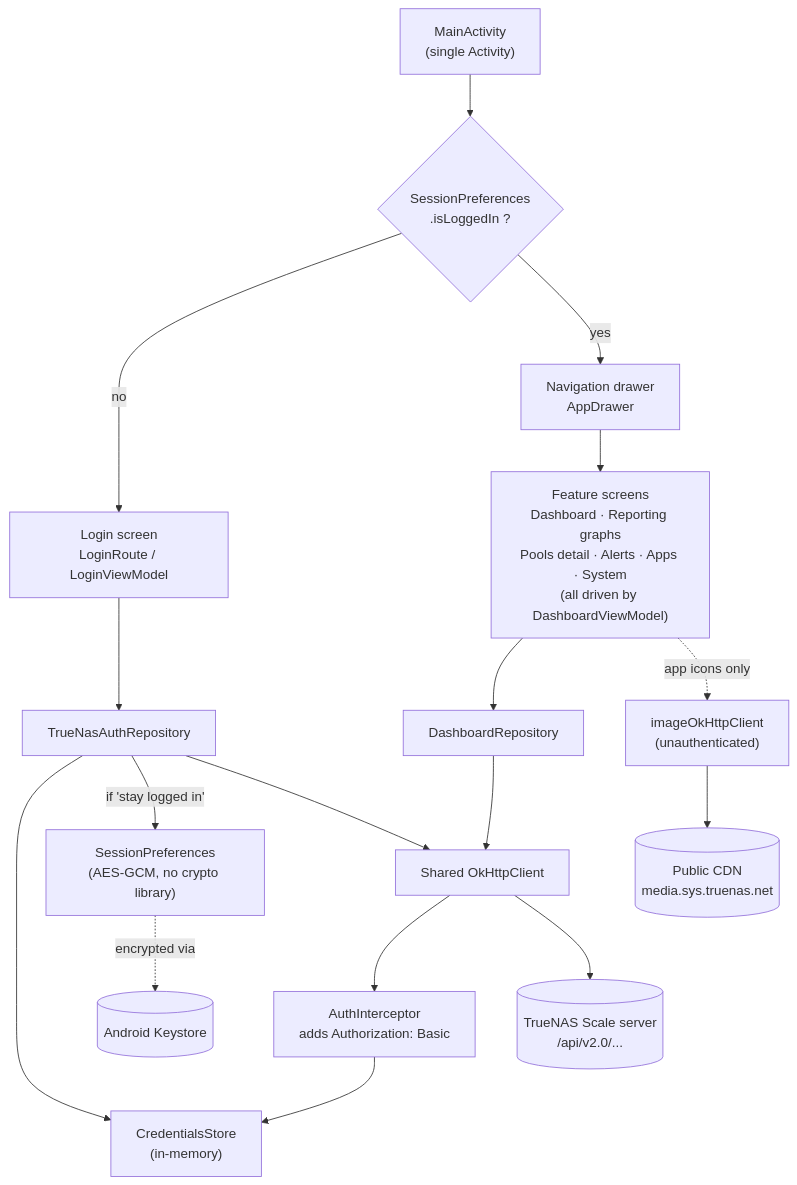
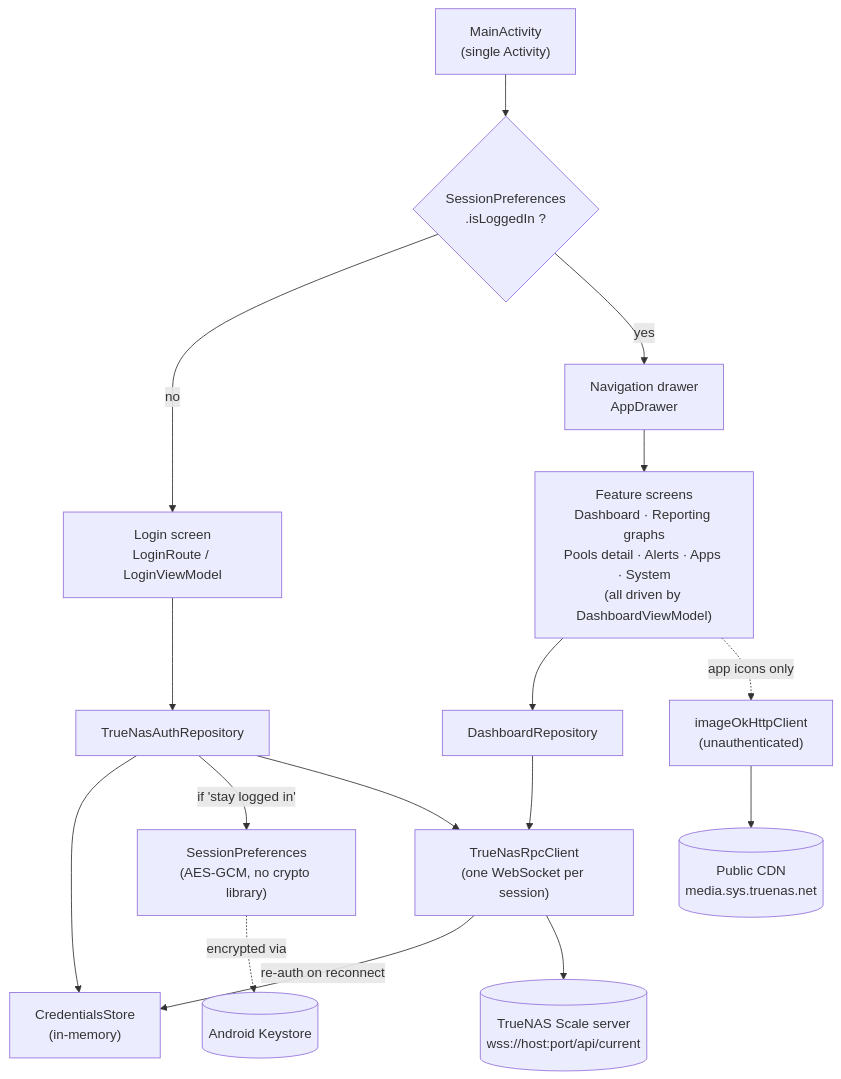
One commit to Juju-archy/Nas-Manager-App changed the diagram in README.md. Above: the diagram before and after it, drawn with Mermaid. The commit also changed other lines of this file and 33 other files, not shown here.

First line of the commit message:
Release 1.3.0: migrate from REST to the WebSocket JSON-RPC API

````diff
--- a/README.md
+++ b/README.md
@@ -17,24 +17,23 @@
 ```mermaid
 graph TB
     MainActivity["MainActivity<br/>(single Activity)"] --> IsLoggedIn{"SessionPreferences<br/>.isLoggedIn ?"}
     IsLoggedIn -->|no| LoginScreen["Login screen<br/>LoginRoute / LoginViewModel"]
     IsLoggedIn -->|yes| Drawer["Navigation drawer<br/>AppDrawer"]
     Drawer --> FeatureScreens["Feature screens<br/>Dashboard · Reporting graphs<br/>Pools detail · Alerts · Apps · System<br/>(all driven by DashboardViewModel)"]
 
     LoginScreen --> AuthRepo["TrueNasAuthRepository"]
     FeatureScreens --> DashRepo["DashboardRepository"]
 
     AuthRepo --> CredStore["CredentialsStore<br/>(in-memory)"]
     AuthRepo -->|"if 'stay logged in'"| SessionPrefs["SessionPreferences<br/>(AES-GCM, no crypto library)"]
-    AuthRepo --> OkHttp["Shared OkHttpClient"]
-    DashRepo --> OkHttp
+    AuthRepo --> Rpc["TrueNasRpcClient<br/>(one WebSocket per session)"]
+    DashRepo --> Rpc
+    Rpc -->|"re-auth on reconnect"| CredStore
 
-    OkHttp --> AuthInterceptor["AuthInterceptor<br/>adds Authorization: Basic"]
-    AuthInterceptor --> CredStore
-    OkHttp --> TrueNAS[("TrueNAS Scale server<br/>/api/v2.0/...")]
+    Rpc --> TrueNAS[("TrueNAS Scale server<br/>wss://host:port/api/current")]
 
     FeatureScreens -. app icons only .-> ImageClient["imageOkHttpClient<br/>(unauthenticated)"]
     ImageClient --> CDN[("Public CDN<br/>media.sys.truenas.net")]
 
     SessionPrefs -. encrypted via .-> Keystore[("Android Keystore")]
 ```
````
